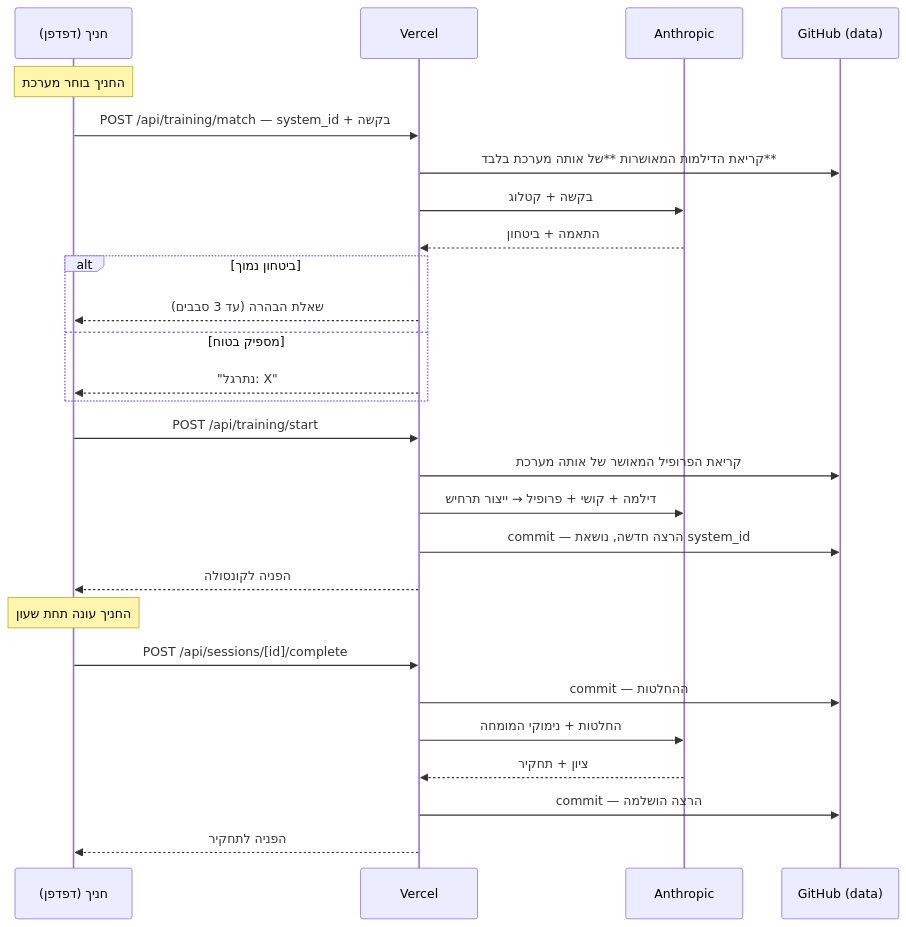
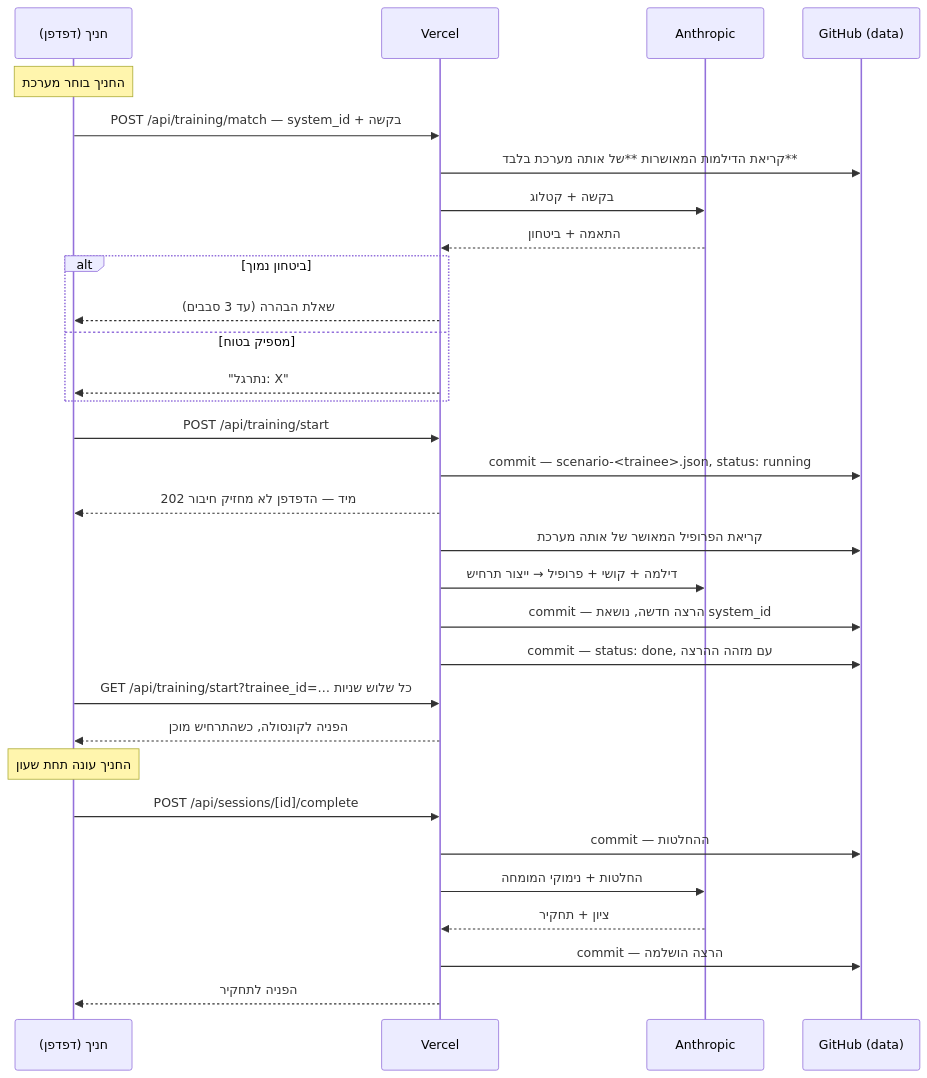
The third of 3 diagrams in ARCHITECTURE.md (nimrodekel-hub/AD_SIMULATOR), drawn with Mermaid before and after one commit. The commit also changed other lines of this file, not shown here.

````diff
--- a/ARCHITECTURE.md
+++ b/ARCHITECTURE.md
@@ -292,33 +298,37 @@
 ```mermaid
 sequenceDiagram
     participant T as חניך (דפדפן)
     participant V as Vercel
     participant A as Anthropic
     participant G as GitHub (data)
 
     Note over T: החניך בוחר מערכת
     T->>V: POST /api/training/match — system_id + בקשה
     V->>G: קריאת הדילמות המאושרות **של אותה מערכת בלבד**
     V->>A: בקשה + קטלוג
     A-->>V: התאמה + ביטחון
     alt ביטחון נמוך
         V-->>T: שאלת הבהרה (עד 3 סבבים)
     else מספיק בטוח
         V-->>T: "נתרגל: X"
     end
 
     T->>V: POST /api/training/start
+    V->>G: commit — scenario-<trainee>.json, status: running
+    V-->>T: 202 מיד — הדפדפן לא מחזיק חיבור
     V->>G: קריאת הפרופיל המאושר של אותה מערכת
     V->>A: דילמה + קושי + פרופיל → ייצור תרחיש
     V->>G: commit — הרצה חדשה, נושאת system_id
-    V-->>T: הפניה לקונסולה
+    V->>G: commit — status: done, עם מזהה ההרצה
+    T->>V: GET /api/training/start?trainee_id=… כל שלוש שניות
+    V-->>T: הפניה לקונסולה, כשהתרחיש מוכן
 
     Note over T: החניך עונה תחת שעון
 
     T->>V: POST /api/sessions/[id]/complete
     V->>G: commit — ההחלטות
     V->>A: החלטות + נימוקי המומחה
     A-->>V: ציון + תחקיר
     V->>G: commit — הרצה הושלמה
     V-->>T: הפניה לתחקיר
 ```
````
